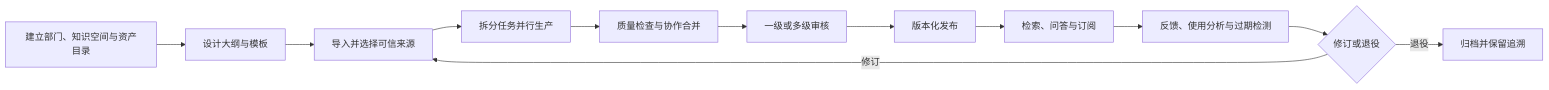
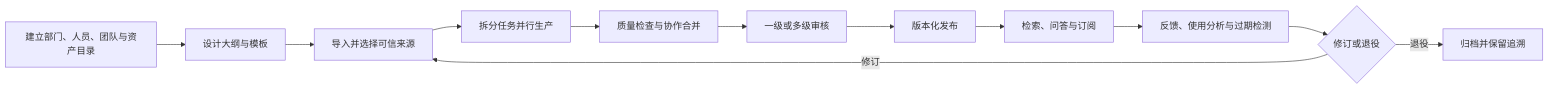
One commit to heyyang0210/kb-builder changed the first of 2 diagrams in .codex/知识中心建设平台/01-需求/知识中心-平台-总体需求-需求文档.md. Above: the diagram before and after it, drawn with Mermaid. The commit also changed other lines of this file and 110 other files, not shown here.

````diff
--- a/.codex/知识中心建设平台/01-需求/知识中心-平台-总体需求-需求文档.md
+++ b/.codex/知识中心建设平台/01-需求/知识中心-平台-总体需求-需求文档.md
@@ -89,14 +91,14 @@
 ```mermaid
 flowchart LR
-    A[建立部门、知识空间与资产目录] --> B[设计大纲与模板]
+    A[建立部门、人员、团队与资产目录] --> B[设计大纲与模板]
     B --> C[导入并选择可信来源]
     C --> D[拆分任务并行生产]
     D --> E[质量检查与协作合并]
     E --> F[一级或多级审核]
     F --> G[版本化发布]
     G --> H[检索、问答与订阅]
     H --> I[反馈、使用分析与过期检测]
     I --> J{修订或退役}
     J -->|修订| C
     J -->|退役| K[归档并保留追溯]
 ```
````
